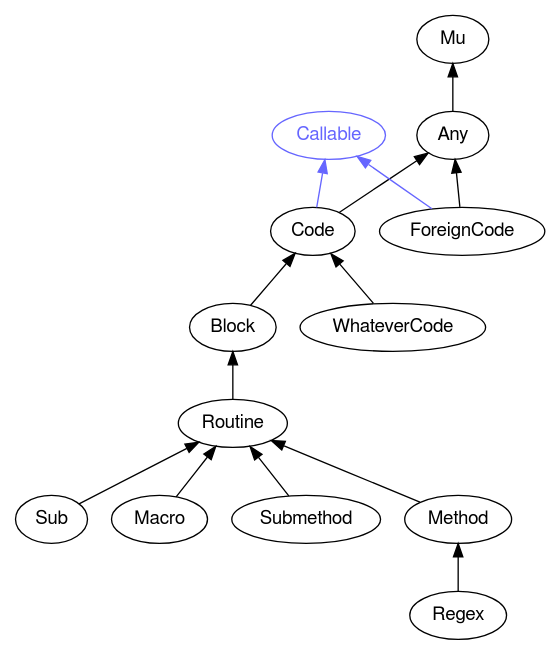
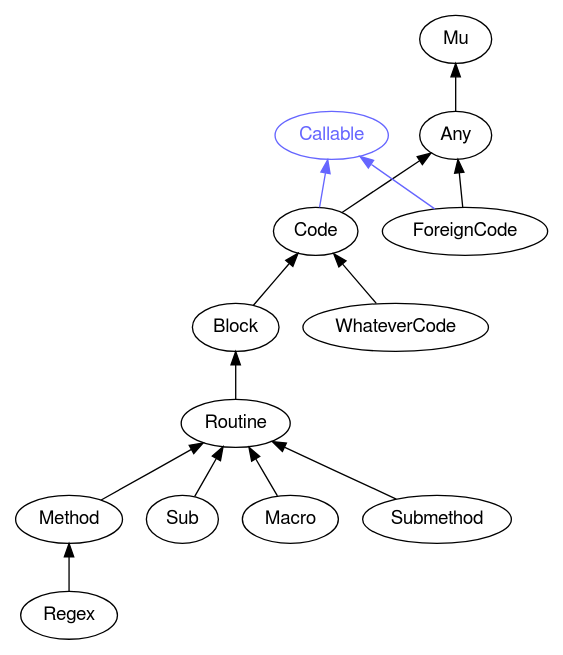
The diagram in images/type-graph-Callable.svg.dot (rakudocs/rakudocs.github.io), drawn with Graphviz before and after one commit. The commit also changed other lines of this file and 1130 other files, not shown here.

```diff
--- a/images/type-graph-Callable.svg.dot
+++ b/images/type-graph-Callable.svg.dot
@@ -1,36 +1,36 @@
 digraph "perl6-type-graph" {
     rankdir=BT;
     splines=polyline;
     overlap=false; 
     // Types
     "Callable" [color="#6666FF", fontcolor="#6666FF", href="/type/Callable", fontname="FreeSans"];
     "Mu" [color="#000000", fontcolor="#000000", href="/type/Mu", fontname="FreeSans"];
     "Any" [color="#000000", fontcolor="#000000", href="/type/Any", fontname="FreeSans"];
     "Code" [color="#000000", fontcolor="#000000", href="/type/Code", fontname="FreeSans"];
     "ForeignCode" [color="#000000", fontcolor="#000000", href="/type/ForeignCode", fontname="FreeSans"];
     "Block" [color="#000000", fontcolor="#000000", href="/type/Block", fontname="FreeSans"];
     "WhateverCode" [color="#000000", fontcolor="#000000", href="/type/WhateverCode", fontname="FreeSans"];
     "Routine" [color="#000000", fontcolor="#000000", href="/type/Routine", fontname="FreeSans"];
+    "Method" [color="#000000", fontcolor="#000000", href="/type/Method", fontname="FreeSans"];
     "Sub" [color="#000000", fontcolor="#000000", href="/type/Sub", fontname="FreeSans"];
     "Macro" [color="#000000", fontcolor="#000000", href="/type/Macro", fontname="FreeSans"];
     "Submethod" [color="#000000", fontcolor="#000000", href="/type/Submethod", fontname="FreeSans"];
-    "Method" [color="#000000", fontcolor="#000000", href="/type/Method", fontname="FreeSans"];
     "Regex" [color="#000000", fontcolor="#000000", href="/type/Regex", fontname="FreeSans"];
 
     // Superclasses
     "Any" -> "Mu" [color="#000000"];
     "Code" -> "Any" [color="#000000"];
     "ForeignCode" -> "Any" [color="#000000"];
     "Block" -> "Code" [color="#000000"];
     "WhateverCode" -> "Code" [color="#000000"];
     "Routine" -> "Block" [color="#000000"];
+    "Method" -> "Routine" [color="#000000"];
     "Sub" -> "Routine" [color="#000000"];
     "Macro" -> "Routine" [color="#000000"];
     "Submethod" -> "Routine" [color="#000000"];
-    "Method" -> "Routine" [color="#000000"];
     "Regex" -> "Method" [color="#000000"];
 
     // Roles
     "Code" -> "Callable" [color="#6666FF"];
     "ForeignCode" -> "Callable" [color="#6666FF"];
 }
```
